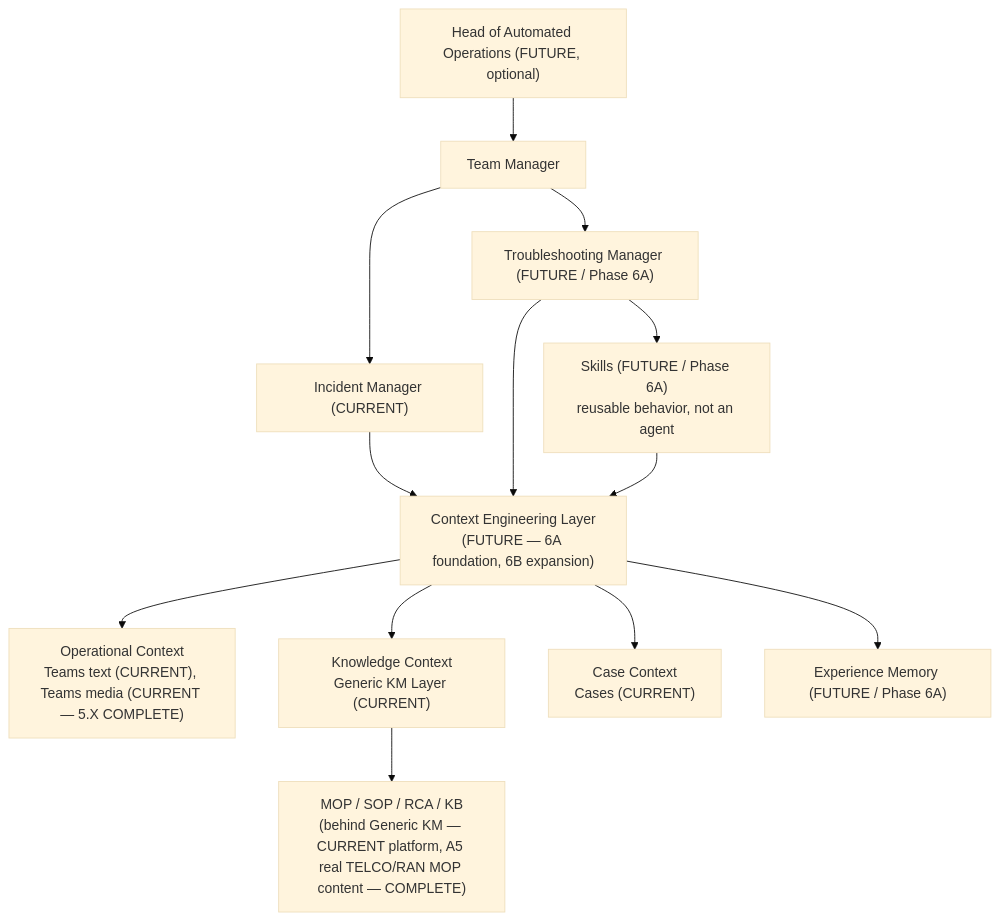
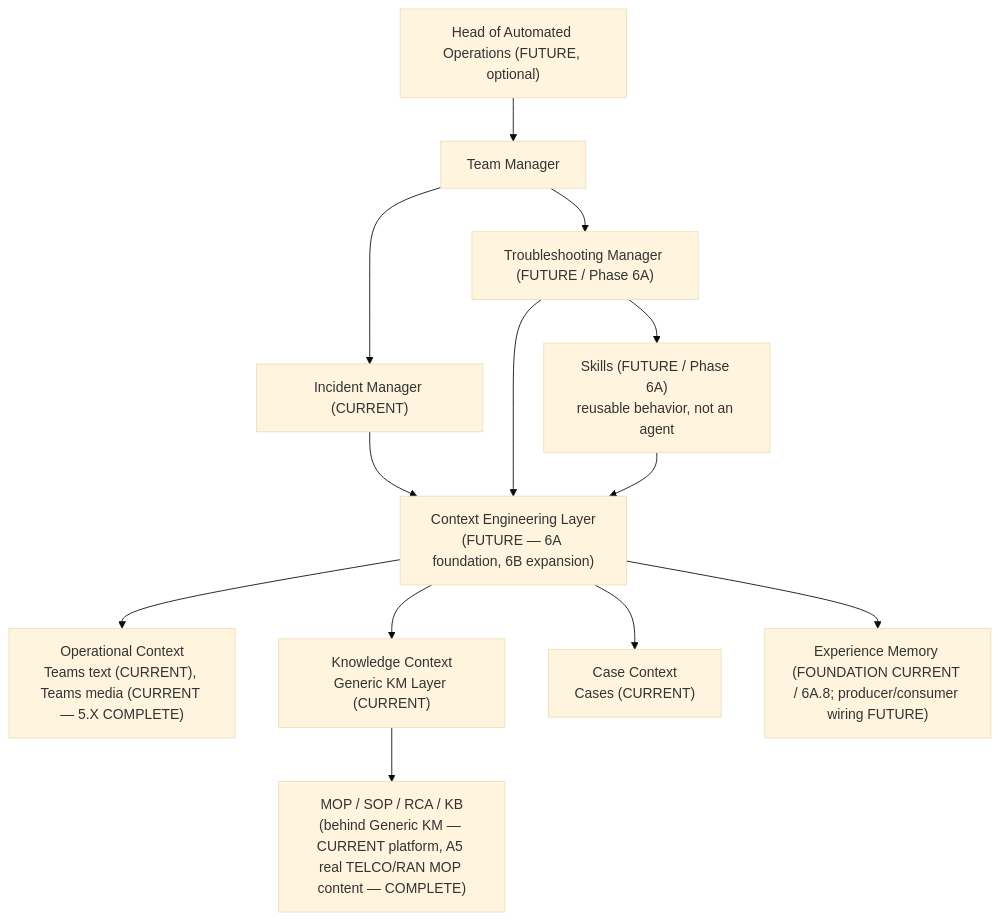
The third of 4 diagrams in README.md (drak0niii/SLOPANOC), drawn with Mermaid (base theme) before and after one commit. The commit also changed other lines of this file and 206 other files, not shown here.

Commit message:
feat: preserve Phase 6A intelligence foundation

````diff
--- a/README.md
+++ b/README.md
@@ -219,15 +280,15 @@
 ```mermaid
 flowchart TD
     HOO["Head of Automated Operations (FUTURE, optional)"] --> TM[Team Manager]
     TM --> IM["Incident Manager (CURRENT)"]
     TM --> TSM["Troubleshooting Manager (FUTURE / Phase 6A)"]
     TSM --> SK["Skills (FUTURE / Phase 6A)<br/>reusable behavior, not an agent"]
     IM --> CEL["Context Engineering Layer<br/>(FUTURE — 6A foundation, 6B expansion)"]
     TSM --> CEL
     SK --> CEL
     CEL --> OC["Operational Context<br/>Teams text (CURRENT), Teams media (CURRENT — 5.X COMPLETE)"]
     CEL --> KC["Knowledge Context<br/>Generic KM Layer (CURRENT)"]
     CEL --> CC["Case Context<br/>Cases (CURRENT)"]
-    CEL --> EM["Experience Memory (FUTURE / Phase 6A)"]
+    CEL --> EM["Experience Memory (FOUNDATION CURRENT / 6A.8; producer/consumer wiring FUTURE)"]
     KC --> KM["MOP / SOP / RCA / KB<br/>(behind Generic KM — CURRENT platform, A5 real TELCO/RAN MOP content — COMPLETE)"]
 ```
````
